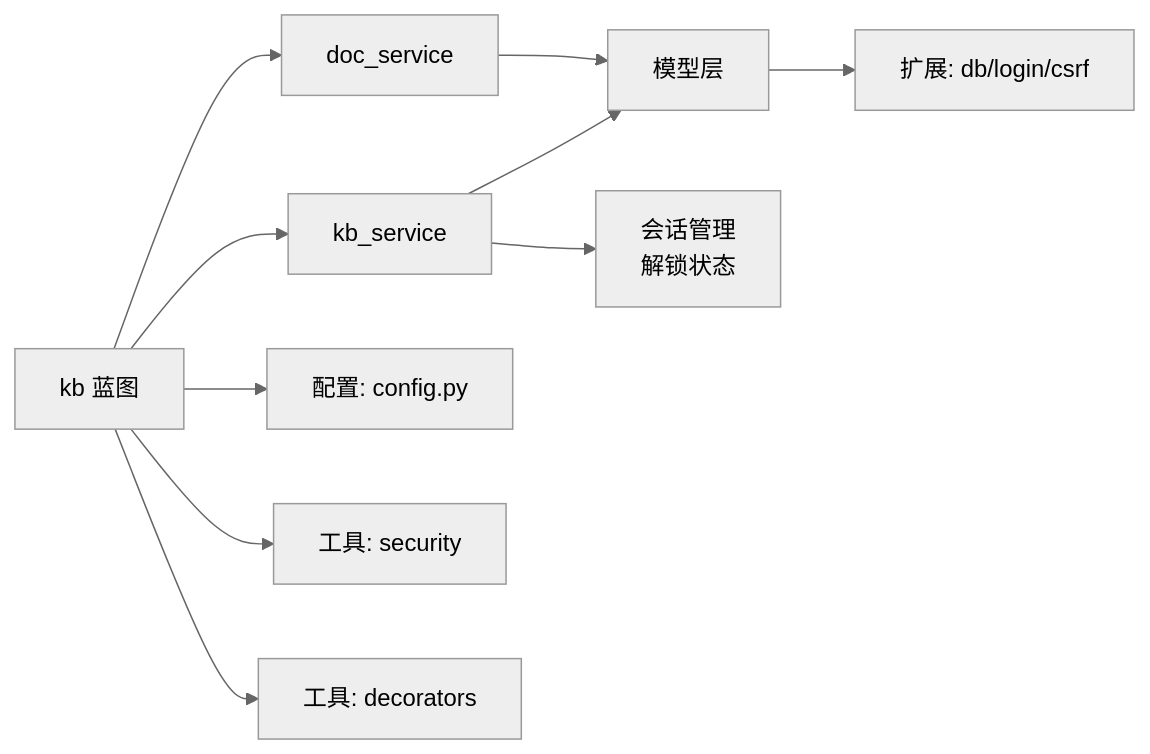
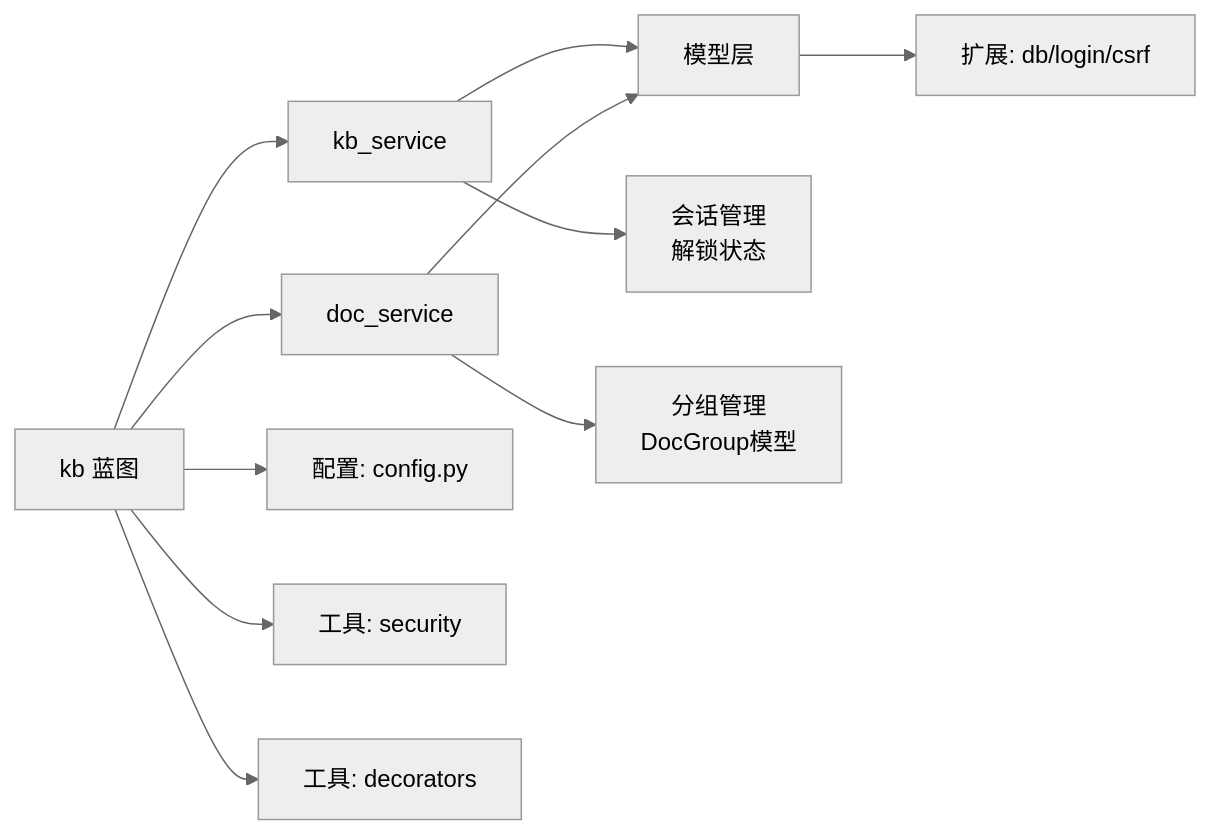
One commit to beyondalbert/my_wiki changed the ninth of 9 diagrams in .qoder/repowiki/zh/content/架构设计/蓝图系统设计/知识库蓝图 (Knowledge Base Blueprint).md. Above: the diagram before and after it, drawn with Mermaid (neutral theme). The commit also changed other lines of this file and 5 other files, not shown here.

````diff
--- a/.qoder/repowiki/zh/content/架构设计/蓝图系统设计/知识库蓝图 (Knowledge Base Blueprint).md
+++ b/.qoder/repowiki/zh/content/架构设计/蓝图系统设计/知识库蓝图 (Knowledge Base Blueprint).md
@@ -437,12 +527,13 @@
 ```mermaid
 graph LR
 KB_BP["kb 蓝图"] --> KB_SVC["kb_service"]
 KB_BP --> DOC_SVC["doc_service"]
 KB_SVC --> MODELS["模型层"]
 DOC_SVC --> MODELS
 MODELS --> EXT["扩展: db/login/csrf"]
 KB_BP --> CFG["配置: config.py"]
 KB_BP --> SEC["工具: security"]
 KB_BP --> DEC["工具: decorators"]
 KB_SVC --> SESSION["会话管理<br/>解锁状态"]
+DOC_SVC --> GROUPS["分组管理<br/>DocGroup模型"]
 ```
````
